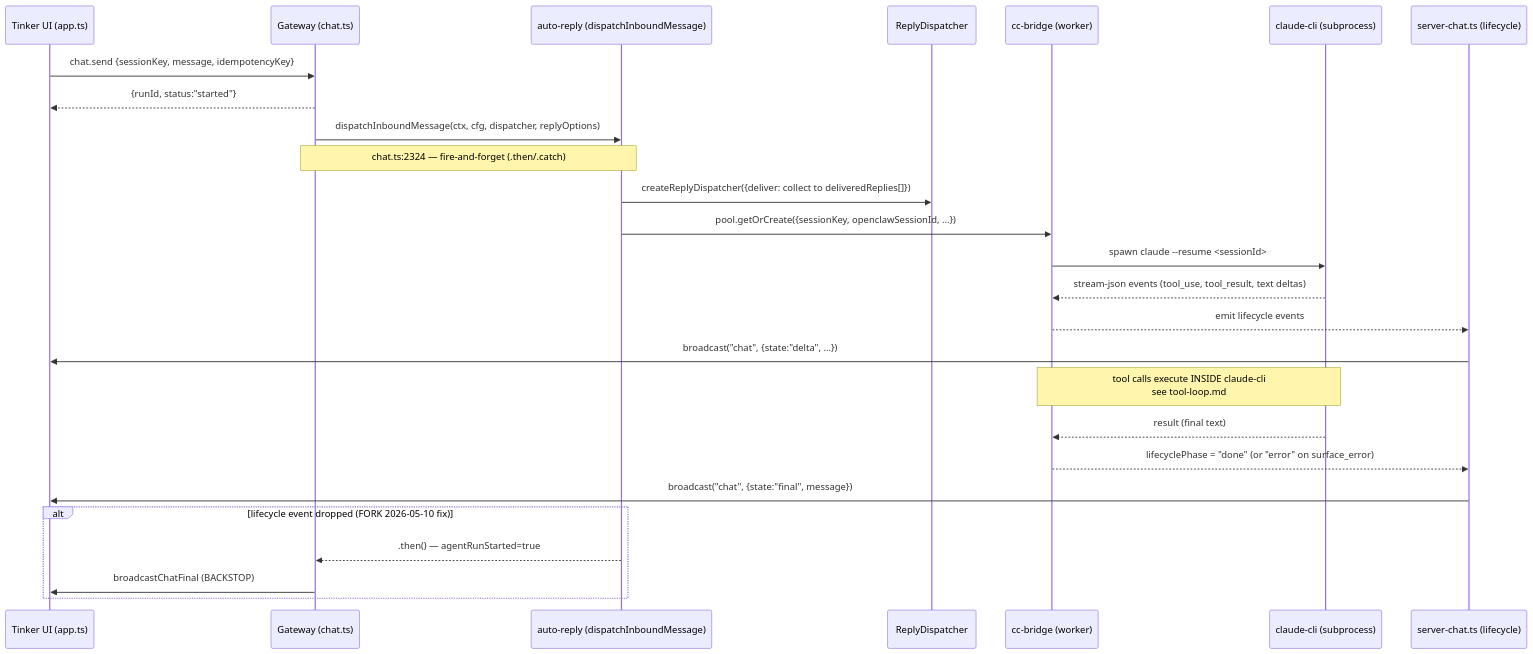
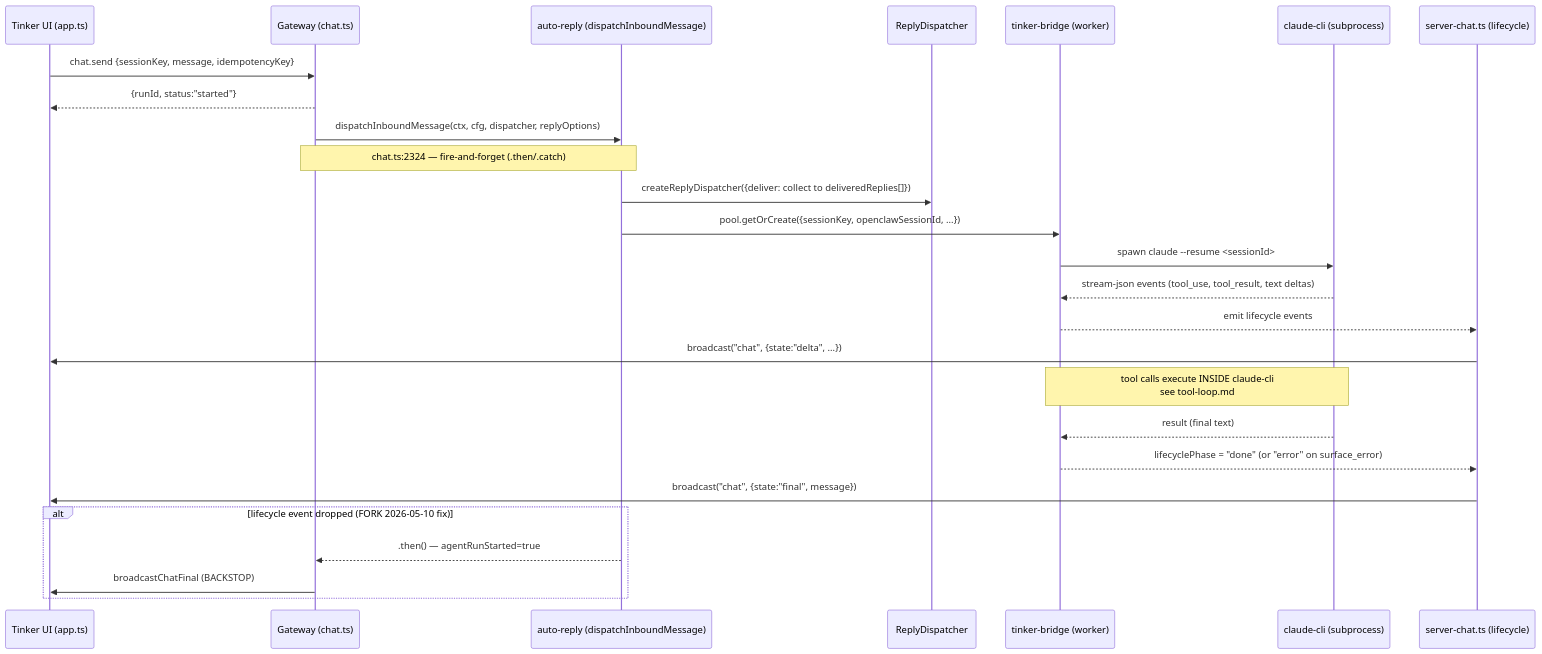
Before and after one commit to globalcaos/tinkerclaw: the first of 11 diagrams in TINKER_UI_DESIGN_BIBLE/flows.md, drawn with Mermaid. The commit also changed other lines of this file and 197 other files, not shown here.

````diff
--- a/TINKER_UI_DESIGN_BIBLE/flows.md
+++ b/TINKER_UI_DESIGN_BIBLE/flows.md
@@ -38,29 +38,29 @@
 ```mermaid
 sequenceDiagram
   participant TUI as Tinker UI (app.ts)
   participant GW as Gateway (chat.ts)
   participant AR as auto-reply (dispatchInboundMessage)
   participant DSP as ReplyDispatcher
-  participant CC as cc-bridge (worker)
+  participant CC as tinker-bridge (worker)
   participant CLI as claude-cli (subprocess)
   participant SCH as server-chat.ts (lifecycle)
 
   TUI->>GW: chat.send {sessionKey, message, idempotencyKey}
   GW-->>TUI: {runId, status:"started"}
   GW->>AR: dispatchInboundMessage(ctx, cfg, dispatcher, replyOptions)
   Note over GW,AR: chat.ts:2324 — fire-and-forget (.then/.catch)
   AR->>DSP: createReplyDispatcher({deliver: collect to deliveredReplies[]})
   AR->>CC: pool.getOrCreate({sessionKey, openclawSessionId, ...})
   CC->>CLI: spawn claude --resume <sessionId>
   CLI-->>CC: stream-json events (tool_use, tool_result, text deltas)
   CC-->>SCH: emit lifecycle events
   SCH->>TUI: broadcast("chat", {state:"delta", ...})
   Note over CLI,CC: tool calls execute INSIDE claude-cli<br/>see tool-loop.md
   CLI-->>CC: result (final text)
   CC-->>SCH: lifecyclePhase = "done" (or "error" on surface_error)
   SCH->>TUI: broadcast("chat", {state:"final", message})
   alt lifecycle event dropped (FORK 2026-05-10 fix)
     AR-->>GW: .then() — agentRunStarted=true
     GW->>TUI: broadcastChatFinal (BACKSTOP)
   end
 ```
````
